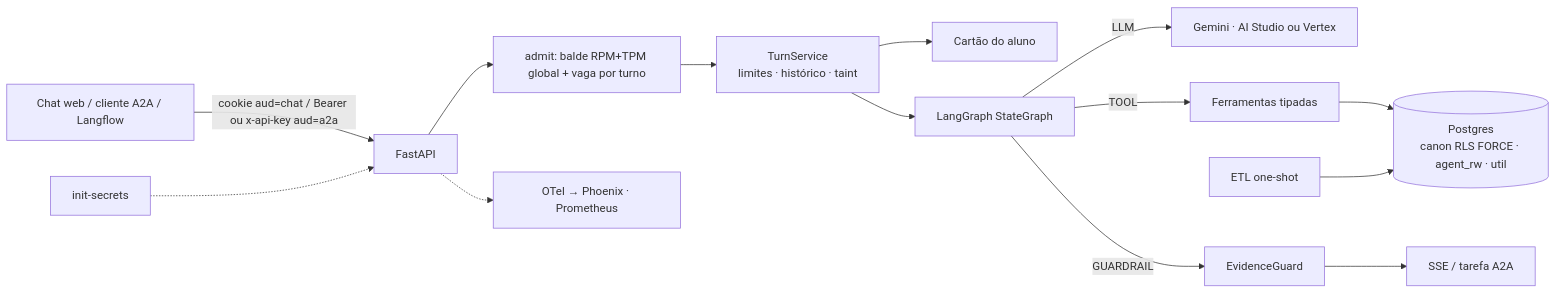
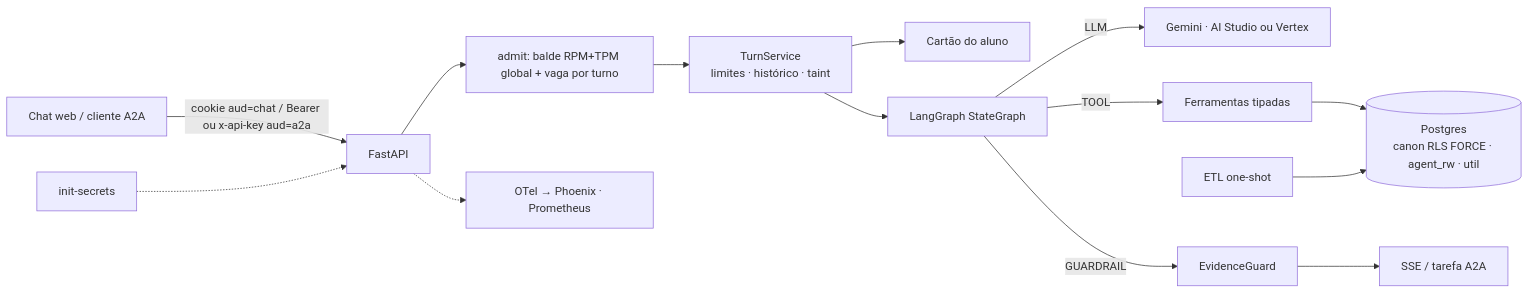
The first of 2 diagrams in docs/ARCHITECTURE.md (MiguelSanzBr/student-agent), drawn with Mermaid before and after one commit. The commit also changed other lines of this file and 3 other files, not shown here.

````diff
--- a/docs/ARCHITECTURE.md
+++ b/docs/ARCHITECTURE.md
@@ -13,14 +11,14 @@
 ```mermaid
 flowchart LR
-  U[Chat web / cliente A2A / Langflow] -- "cookie aud=chat / Bearer ou x-api-key aud=a2a" --> API[FastAPI]
+  U[Chat web / cliente A2A] -- "cookie aud=chat / Bearer ou x-api-key aud=a2a" --> API[FastAPI]
   API --> ADM[admit: balde RPM+TPM global + vaga por turno]
   ADM --> TS[TurnService<br/>limites · histórico · taint]
   TS --> CARD[Cartão do aluno]
   TS --> G[LangGraph StateGraph]
   G -->|LLM| GEM[Gemini · AI Studio ou Vertex]
   G -->|TOOL| T[Ferramentas tipadas] --> PG[(Postgres<br/>canon RLS FORCE · agent_rw · util)]
   G -->|GUARDRAIL| EG[EvidenceGuard] --> OUT[SSE / tarefa A2A]
   API -.-> OBS[OTel → Phoenix · Prometheus]
   SEC[init-secrets] -.-> API
   ETL[ETL one-shot] --> PG
 ```
````
